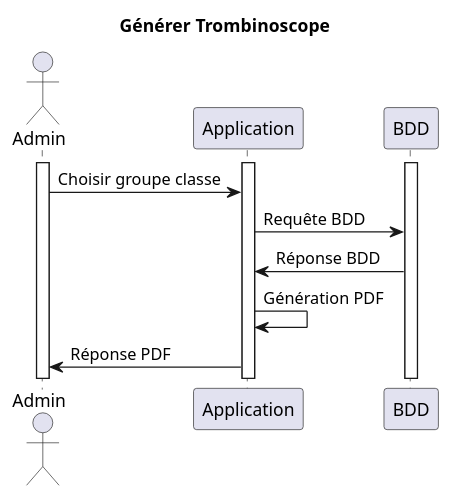
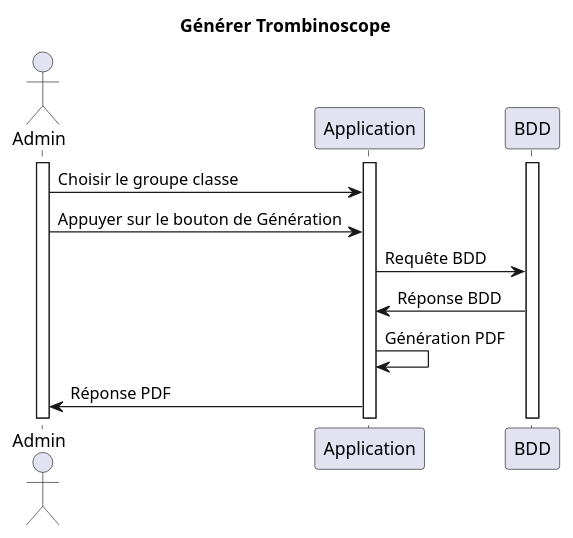
Before and after one commit to pandadorable/Trombinoscope: the diagram in Diagrammes/use_case_generer_trombinoscope.wsd, drawn with PlantUML. The commit also changed 1 other file, not shown here.

Commit message:
Ajout : Diagramme use_case , traitement data

```diff
--- a/Diagrammes/use_case_generer_trombinoscope.wsd
+++ b/Diagrammes/use_case_generer_trombinoscope.wsd
@@ -1,18 +1,19 @@
 @startuml generer_trombi
 
 title Générer Trombinoscope
 actor "Admin" as Ad
 participant Application
 participant BDD
 
 activate Ad
 activate Application
 activate BDD
 
-Ad -> Application : Choisir groupe classe
+Ad -> Application : Choisir le groupe classe
+Ad -> Application : Appuyer sur le bouton de Génération
 Application -> BDD : Requête BDD
 Application <- BDD : Réponse BDD
 
 Application -> Application : Génération PDF
 Ad <- Application : Réponse PDF
 @enduml
```
